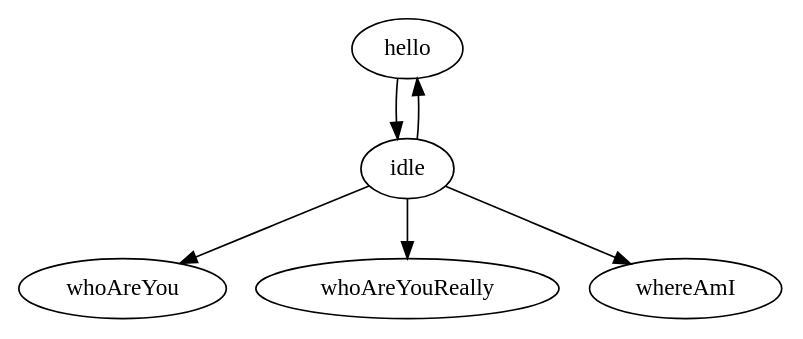
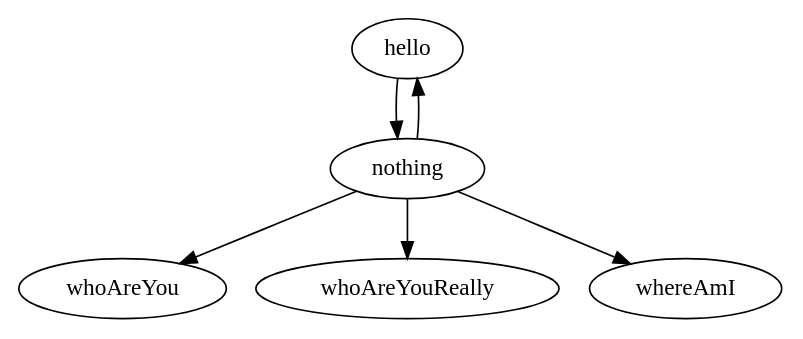
The diagram in samples/simple/entities/people/ada/state.dot (maelys-mcardle/adventure), drawn with Graphviz before and after one commit.

Commit message:
Fixed state for ada.

```diff
--- a/samples/simple/entities/people/ada/state.dot
+++ b/samples/simple/entities/people/ada/state.dot
@@ -1,7 +1,7 @@
 digraph conversation {
-    hello -> idle
-    idle -> hello
-    idle -> whoAreYou
-    idle -> whoAreYouReally
-    idle -> whereAmI
+    hello -> nothing
+    nothing -> hello
+    nothing -> whoAreYou
+    nothing -> whoAreYouReally
+    nothing -> whereAmI
 }
```
